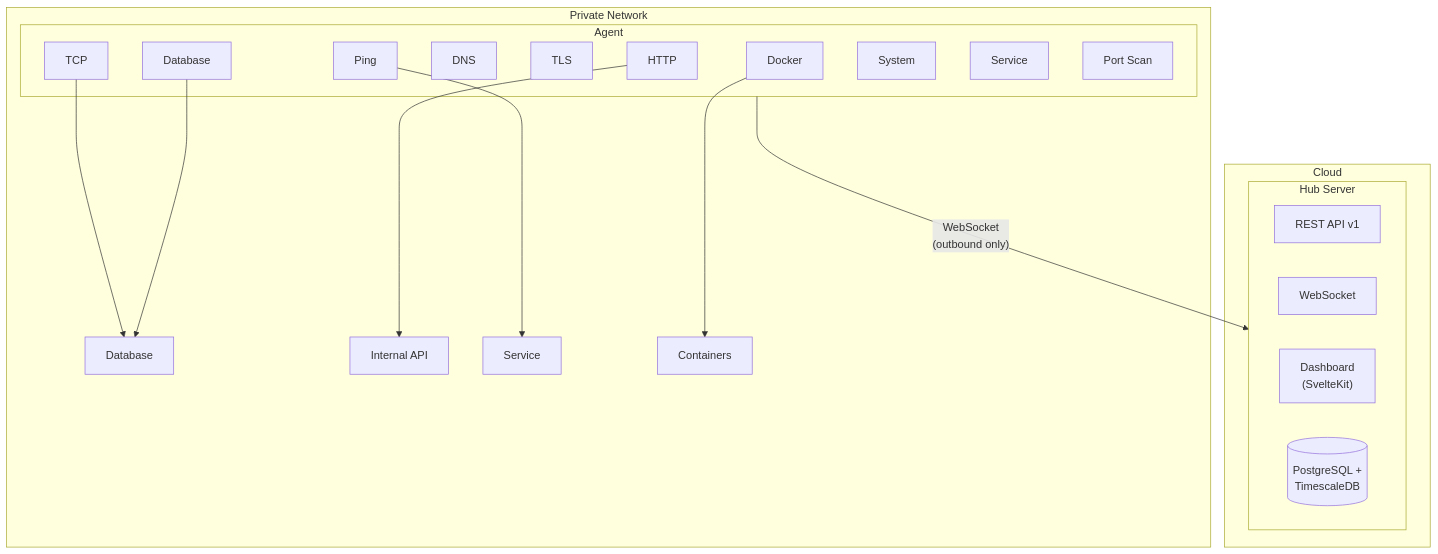
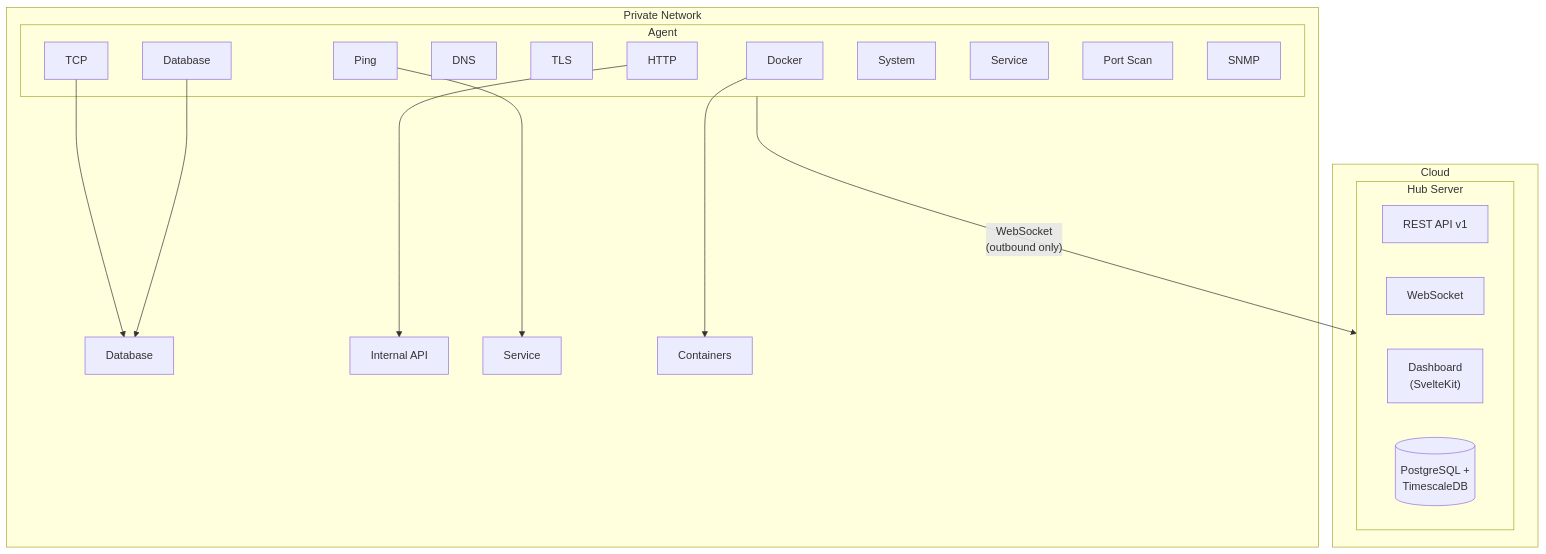
Before and after one commit to sylvester-francis/Watchdog: the second of 2 diagrams in README.md, drawn with Mermaid. The commit also changed other lines of this file, not shown here.

First line of the commit message:
docs: add SNMP monitoring and network discovery to README

````diff
--- a/README.md
+++ b/README.md
@@ -91,37 +93,38 @@
 ```mermaid
 graph TB
     subgraph Cloud
         subgraph Hub["Hub Server"]
             API["REST API v1"]
             WS["WebSocket"]
             Dash["Dashboard<br/>(SvelteKit)"]
             DB[("PostgreSQL +<br/>TimescaleDB")]
         end
     end
 
     subgraph Net["Private Network"]
         subgraph Agent
             HTTP["HTTP"]
             TCP["TCP"]
             Ping["Ping"]
             DNS["DNS"]
             TLS["TLS"]
             Docker["Docker"]
             DBCheck["Database"]
             Sys["System"]
             Svc["Service"]
             PScan["Port Scan"]
+            SNMP["SNMP"]
         end
         T1["Database"]
         T2["Internal API"]
         T3["Service"]
         T4["Containers"]
     end
 
     Agent -- "WebSocket<br/>(outbound only)" --> Hub
     HTTP --> T2
     TCP --> T1
     Ping --> T3
     Docker --> T4
     DBCheck --> T1
 ```
````
